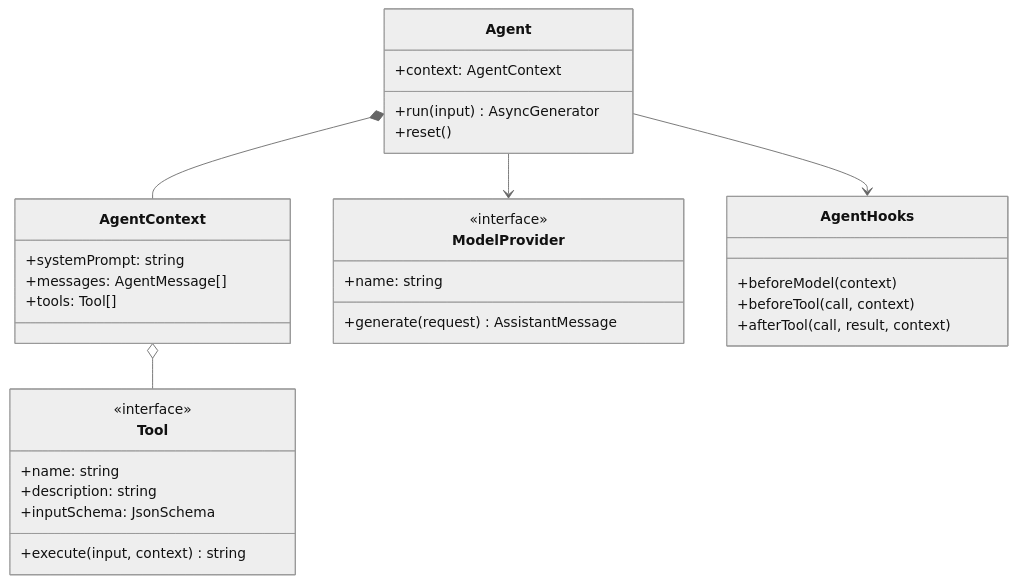
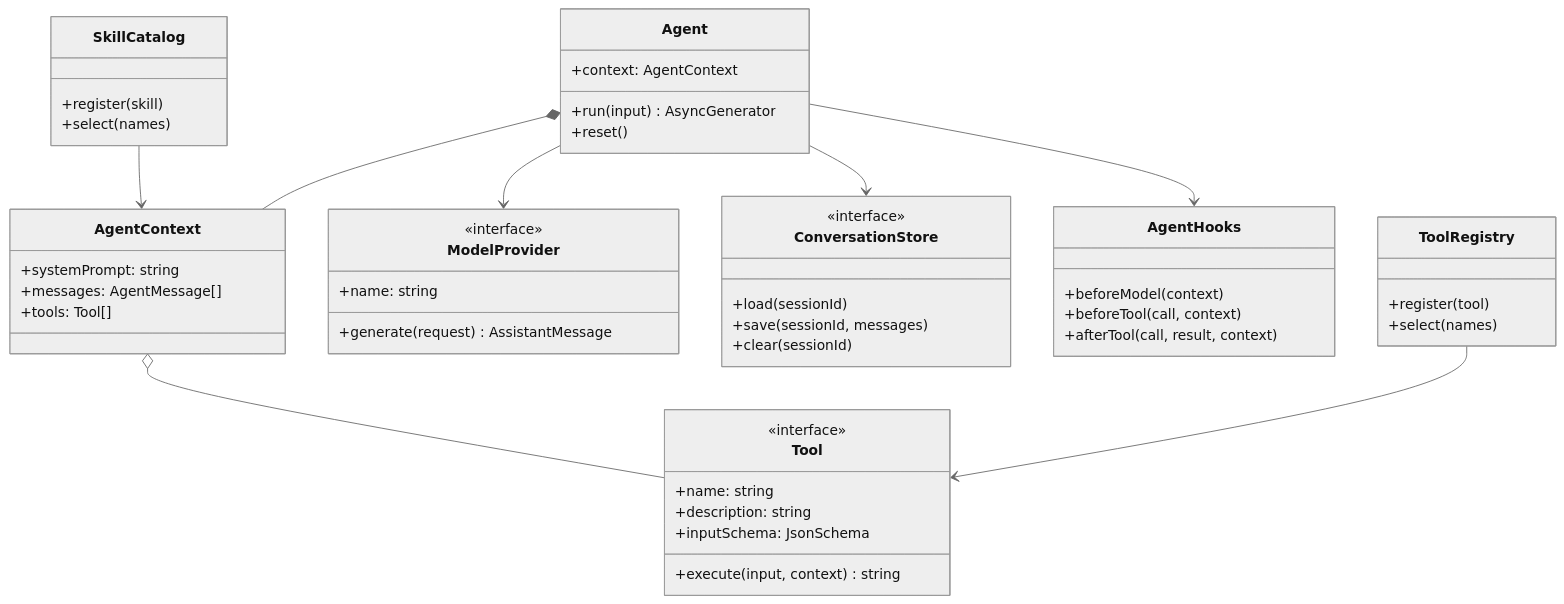
The diagram in docs/architecture.md (daiwk/building-agents-from-scratch), drawn with Mermaid (neutral theme) before and after one commit. The commit also changed 25 other files, not shown here.

````diff
--- a/docs/architecture.md
+++ b/docs/architecture.md
@@ -5,35 +5,52 @@
 ```mermaid
 classDiagram
     class Agent {
       +context: AgentContext
       +run(input) AsyncGenerator
       +reset()
     }
     class AgentContext {
       +systemPrompt: string
       +messages: AgentMessage[]
       +tools: Tool[]
     }
     class ModelProvider {
       <<interface>>
       +name: string
       +generate(request) AssistantMessage
     }
     class Tool {
       <<interface>>
       +name: string
       +description: string
       +inputSchema: JsonSchema
       +execute(input, context) string
     }
     class AgentHooks {
       +beforeModel(context)
       +beforeTool(call, context)
       +afterTool(call, result, context)
     }
+    class ConversationStore {
+      <<interface>>
+      +load(sessionId)
+      +save(sessionId, messages)
+      +clear(sessionId)
+    }
+    class ToolRegistry {
+      +register(tool)
+      +select(names)
+    }
+    class SkillCatalog {
+      +register(skill)
+      +select(names)
+    }
 
     Agent *-- AgentContext
     Agent --> ModelProvider
+    Agent --> ConversationStore
     AgentContext o-- Tool
     Agent --> AgentHooks
+    ToolRegistry --> Tool
+    SkillCatalog --> AgentContext
 ```
````
